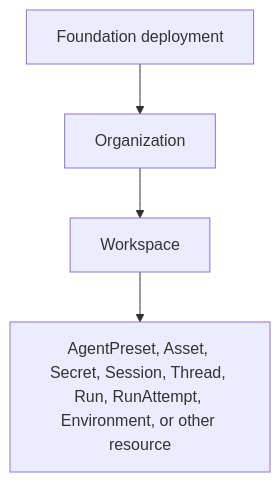
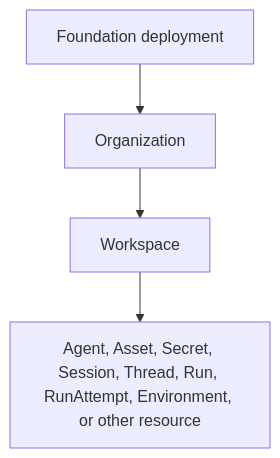
The diagram in spec/foundation-service/10-identity-and-access-management.md (LTThreeComma/agent-foundation), drawn with Mermaid before and after one commit. The commit also changed other lines of this file and 186 other files, not shown here.

````diff
--- a/spec/foundation-service/10-identity-and-access-management.md
+++ b/spec/foundation-service/10-identity-and-access-management.md
@@ -24,9 +24,9 @@
 ```mermaid
 flowchart TB
     Deployment[Foundation deployment]
     Organization[Organization]
     Workspace[Workspace]
-    Resource[AgentPreset, Asset, Secret, Session, Thread, Run, RunAttempt, Environment, or other resource]
+    Resource[Agent, Asset, Secret, Session, Thread, Run, RunAttempt, Environment, or other resource]
 
     Deployment --> Organization --> Workspace --> Resource
 ```
````
